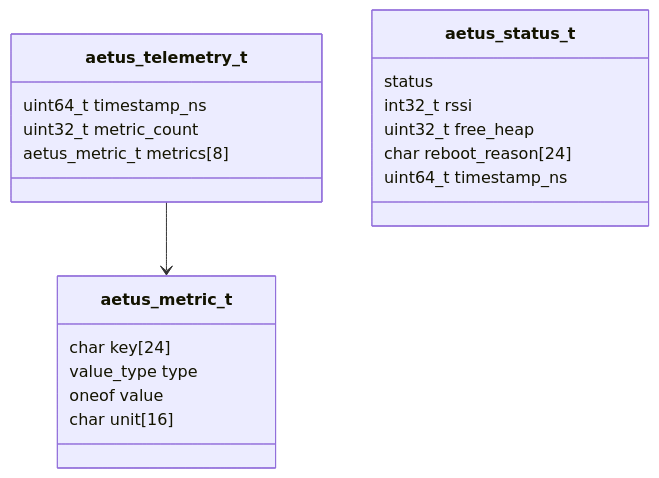
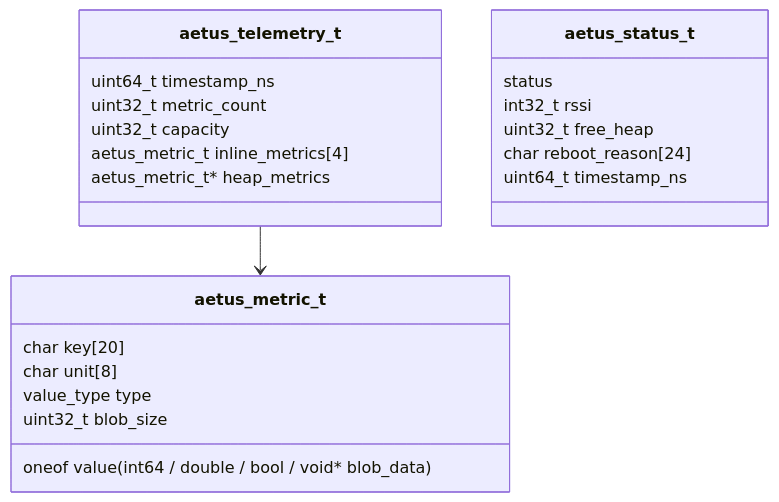
Before and after one commit to donghoonpark/aetus: the second of 4 diagrams in docs/06-2-standard-embedded-upload-stack.md, drawn with Mermaid. The commit also changed other lines of this file and 13 other files, not shown here.

````diff
--- a/docs/06-2-standard-embedded-upload-stack.md
+++ b/docs/06-2-standard-embedded-upload-stack.md
@@ -157,25 +168,28 @@
 ```mermaid
 classDiagram
     class aetus_telemetry_t {
-      uint64_t timestamp_ns
-      uint32_t metric_count
-      aetus_metric_t metrics[8]
+          uint64_t timestamp_ns
+          uint32_t metric_count
+          uint32_t capacity
+          aetus_metric_t inline_metrics[4]
+          aetus_metric_t* heap_metrics
     }
 
     class aetus_metric_t {
-      char key[24]
-      value_type type
-      oneof value
-      char unit[16]
+          char key[20]
+          char unit[8]
+          value_type type
+          uint32_t blob_size
+          oneof value (int64 / double / bool / void* blob_data)
     }
 
     class aetus_status_t {
       status
       int32_t rssi
       uint32_t free_heap
       char reboot_reason[24]
       uint64_t timestamp_ns
     }
 
     aetus_telemetry_t --> aetus_metric_t
 ```
````
